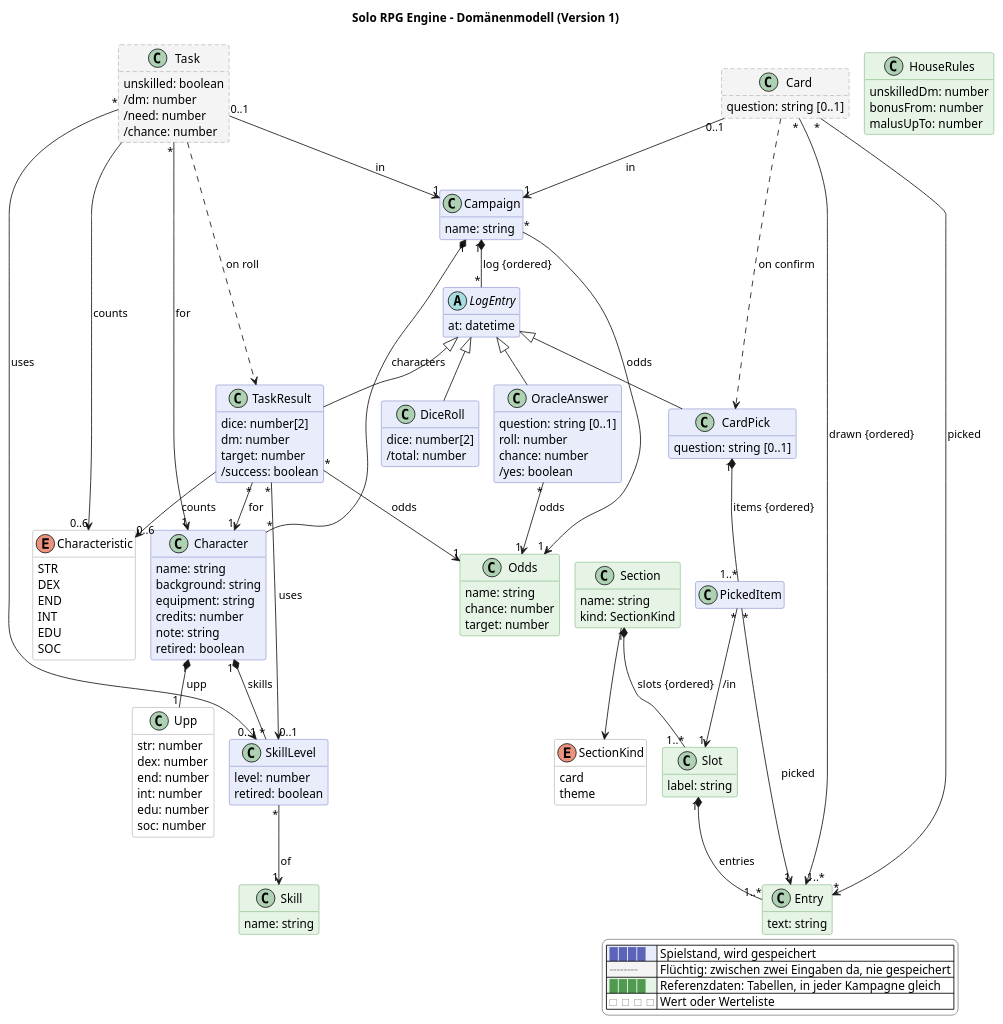
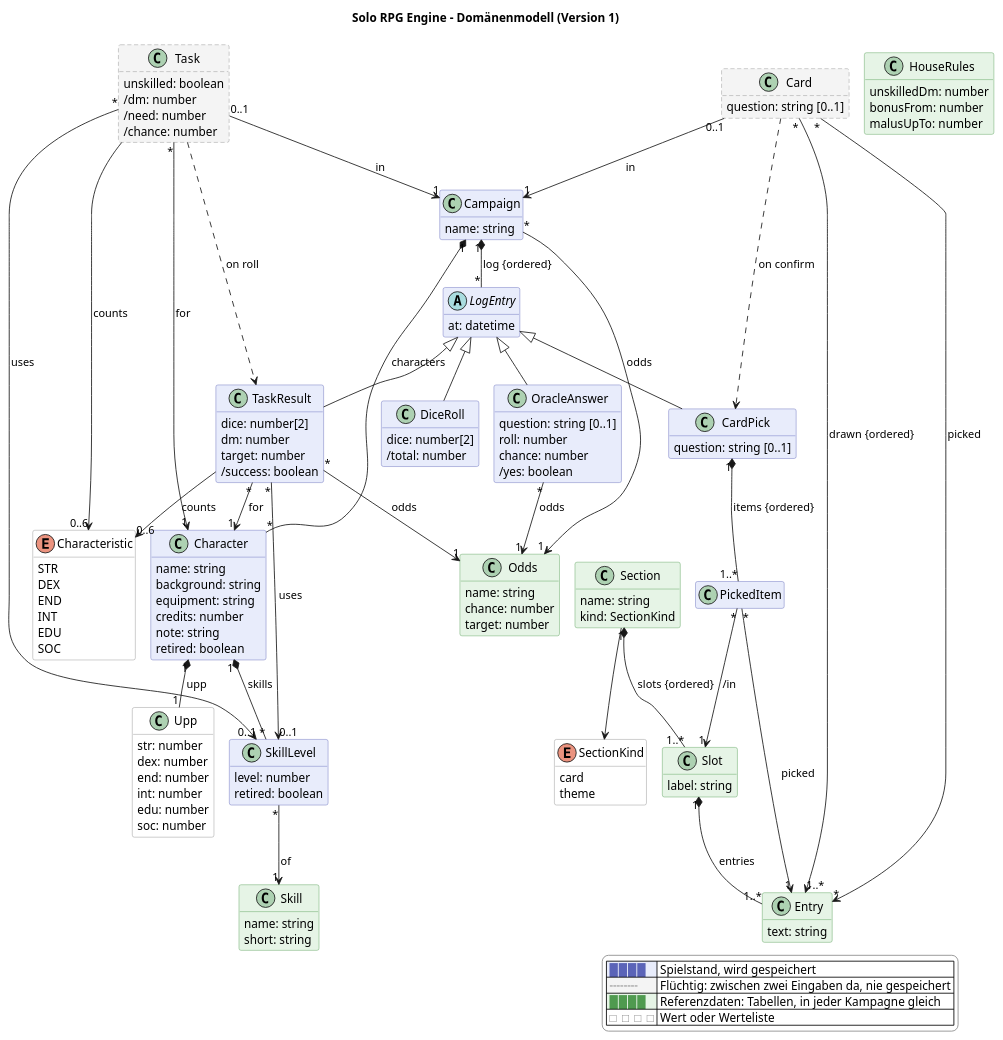
One commit to scuzzar/SRE changed the diagram in docs/domain-model.puml. Above: the diagram before and after it, drawn with PlantUML. The commit also changed 10 other files, not shown here.

```diff
--- a/docs/domain-model.puml
+++ b/docs/domain-model.puml
@@ -3,179 +3,180 @@
 @startuml
 !pragma layout smetana
 title Solo RPG Engine – Domänenmodell (Version 1)
 hide empty members
 hide methods
 skinparam classAttributeIconSize 0
 skinparam shadowing false
 skinparam packageStyle rectangle
 skinparam class {
   BackgroundColor #e8ecfb
   BorderColor #5b64b8
   BackgroundColor<<transient>> #f4f4f4
   BorderColor<<transient>> #8a8a8a
   BackgroundColor<<reference>> #e6f4e6
   BorderColor<<reference>> #4f9a4f
   BackgroundColor<<value>> #ffffff
   BorderColor<<value>> #8a8a8a
 }
 skinparam legendBackgroundColor #ffffff
 skinparam legendBorderColor #8a8a8a
 <style>
 classDiagram {
   class {
     .transient {
       LineStyle 5-3
     }
   }
 }
 </style>
 hide <<transient>> stereotype
 hide <<reference>> stereotype
 hide <<value>> stereotype
 
 ' Kampagne und Charaktere
   class Campaign {
     name: string
   }
   class Character {
     name: string
     background: string
     equipment: string
     credits: number
     note: string
     retired: boolean
   }
   class Upp <<value>> {
     str: number
     dex: number
     end: number
     int: number
     edu: number
     soc: number
   }
   class SkillLevel {
     level: number
     retired: boolean
   }
 
 ' Verlauf
   abstract class LogEntry {
     at: datetime
   }
   class OracleAnswer {
     question: string [0..1]
     roll: number
     chance: number
     /yes: boolean
   }
   class DiceRoll {
     dice: number[2]
     /total: number
   }
   class CardPick {
     question: string [0..1]
   }
   class PickedItem
 
 ' Entwürfe: flüchtig, zwischen zwei Eingaben da, nie gespeichert (im Code: model/draft/)
   class Card <<transient>> {
     question: string [0..1]
   }
   class Task <<transient>> {
     unskilled: boolean
     /dm: number
     /need: number
     /chance: number
   }
   class TaskResult {
     dice: number[2]
     dm: number
     target: number
     /success: boolean
   }
 
 ' Referenzdaten
   class Odds <<reference>> {
     name: string
     chance: number
     target: number
   }
   class HouseRules <<reference>> {
     unskilledDm: number
     bonusFrom: number
     malusUpTo: number
   }
   class Skill <<reference>> {
     name: string
+    short: string
   }
   class Section <<reference>> {
     name: string
     kind: SectionKind
   }
   class Slot <<reference>> {
     label: string
   }
   class Entry <<reference>> {
     text: string
   }
   enum SectionKind <<value>> {
     card
     theme
   }
   enum Characteristic <<value>> {
     STR
     DEX
     END
     INT
     EDU
     SOC
   }
 
 ' Kampagne
 Campaign "1" *-- "*" Character : characters
 Campaign "*" --> "1" Odds : odds
 Campaign "1" *-- "*" LogEntry : log {ordered}
 
 ' Charakter
 Character "1" *-- "1" Upp : upp
 Character "1" *-- "*" SkillLevel : skills
 SkillLevel "*" --> "1" Skill : of
 
 ' Verlauf
 LogEntry <|-- OracleAnswer
 LogEntry <|-- DiceRoll
 LogEntry <|-- CardPick
 LogEntry <|-- TaskResult
 CardPick "1" *-- "1..*" PickedItem : items {ordered}
 OracleAnswer "*" --> "1" Odds : odds
 TaskResult "*" --> "1" Character : for
 TaskResult "*" --> "0..1" SkillLevel : uses
 TaskResult --> "0..6" Characteristic : counts
 TaskResult "*" --> "1" Odds : odds
 
 ' Probe
 Task "0..1" --> "1" Campaign : in
 Task "*" --> "1" Character : for
 Task "*" --> "0..1" SkillLevel : uses
 Task --> "0..6" Characteristic : counts
 Task ..> TaskResult : on roll
 
 ' Karte
 Card "0..1" --> "1" Campaign : in
 Card "*" --> "1..*" Entry : drawn {ordered}
 Card "*" --> "*" Entry : picked
 Card ..> CardPick : on confirm
 PickedItem "*" --> "1" Slot : /in
 PickedItem "*" --> "1" Entry : picked
 Section "1" *-- "1..*" Slot : slots {ordered}
 Section --> SectionKind
 Slot "1" *-- "1..*" Entry : entries
 
 
 legend right
   |<#e8ecfb> <color:#5b64b8>████</color> | Spielstand, wird gespeichert |
   |<#f4f4f4> <color:#8a8a8a>╌╌╌╌</color> | Flüchtig: zwischen zwei Eingaben da, nie gespeichert |
   |<#e6f4e6> <color:#4f9a4f>████</color> | Referenzdaten: Tabellen, in jeder Kampagne gleich |
   |<#ffffff> <color:#8a8a8a>□□□□</color> | Wert oder Werteliste |
 endlegend
 @enduml
```
